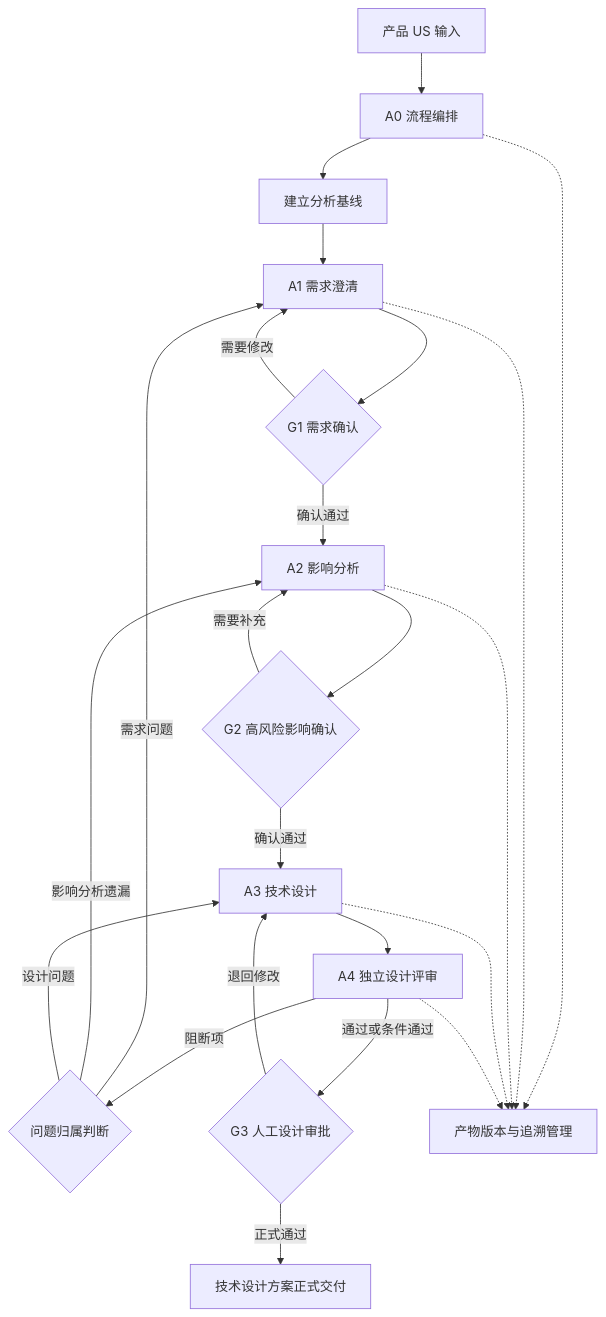
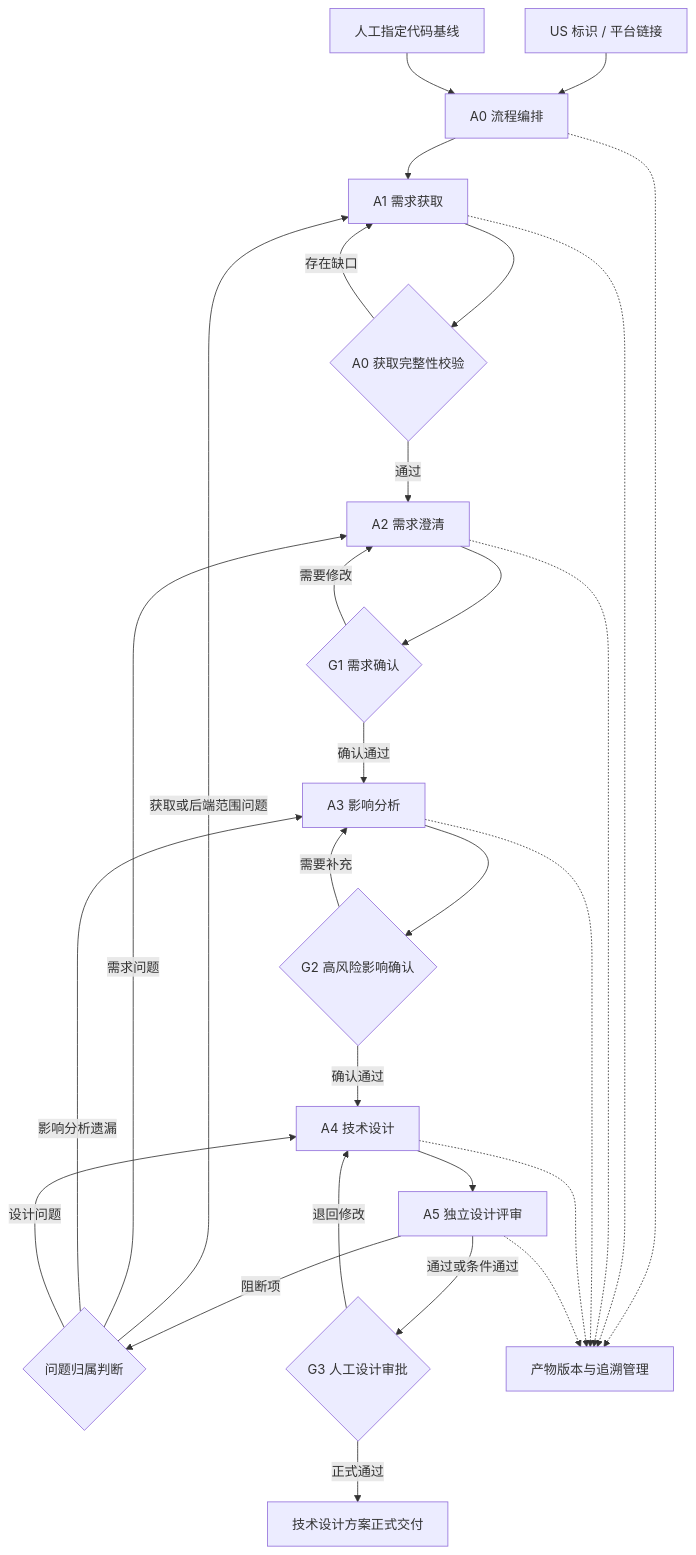
Before and after one commit to MouckIS/agent-for-it-designer: the first of 2 diagrams in Agent技术方案设计-GPT-V2.md, drawn with Mermaid. The commit also changed other lines of this file and 2 other files, not shown here.

````diff
--- a/Agent技术方案设计-GPT-V2.md
+++ b/Agent技术方案设计-GPT-V2.md
@@ -83,33 +93,38 @@
 ```mermaid
 flowchart TD
-    US[产品 US 输入] --> A0[A0 流程编排]
+    US[US 标识 / 平台链接] --> A0[A0 流程编排]
+    HUMAN[人工指定代码基线] --> A0
 
-    A0 --> BASE[建立分析基线]
-    BASE --> A1[A1 需求澄清]
+    A0 --> A1[A1 需求获取]
+    A1 --> CHK{A0 获取完整性校验}
+    CHK -->|存在缺口| A1
+    CHK -->|通过| A2[A2 需求澄清]
 
-    A1 --> G1{G1 需求确认}
-    G1 -->|需要修改| A1
-    G1 -->|确认通过| A2[A2 影响分析]
+    A2 --> G1{G1 需求确认}
+    G1 -->|需要修改| A2
+    G1 -->|确认通过| A3[A3 影响分析]
 
-    A2 --> G2{G2 高风险影响确认}
-    G2 -->|需要补充| A2
-    G2 -->|确认通过| A3[A3 技术设计]
+    A3 --> G2{G2 高风险影响确认}
+    G2 -->|需要补充| A3
+    G2 -->|确认通过| A4[A4 技术设计]
 
-    A3 --> A4[A4 独立设计评审]
+    A4 --> A5[A5 独立设计评审]
 
-    A4 -->|阻断项| FIX{问题归属判断}
-    FIX -->|需求问题| A1
-    FIX -->|影响分析遗漏| A2
-    FIX -->|设计问题| A3
+    A5 -->|阻断项| FIX{问题归属判断}
+    FIX -->|获取或后端范围问题| A1
+    FIX -->|需求问题| A2
+    FIX -->|影响分析遗漏| A3
+    FIX -->|设计问题| A4
 
-    A4 -->|通过或条件通过| G3{G3 人工设计审批}
+    A5 -->|通过或条件通过| G3{G3 人工设计审批}
 
-    G3 -->|退回修改| A3
+    G3 -->|退回修改| A4
     G3 -->|正式通过| FINAL[技术设计方案正式交付]
 
     A0 -.-> ARTIFACT[产物版本与追溯管理]
     A1 -.-> ARTIFACT
     A2 -.-> ARTIFACT
     A3 -.-> ARTIFACT
     A4 -.-> ARTIFACT
+    A5 -.-> ARTIFACT
 ```
````
